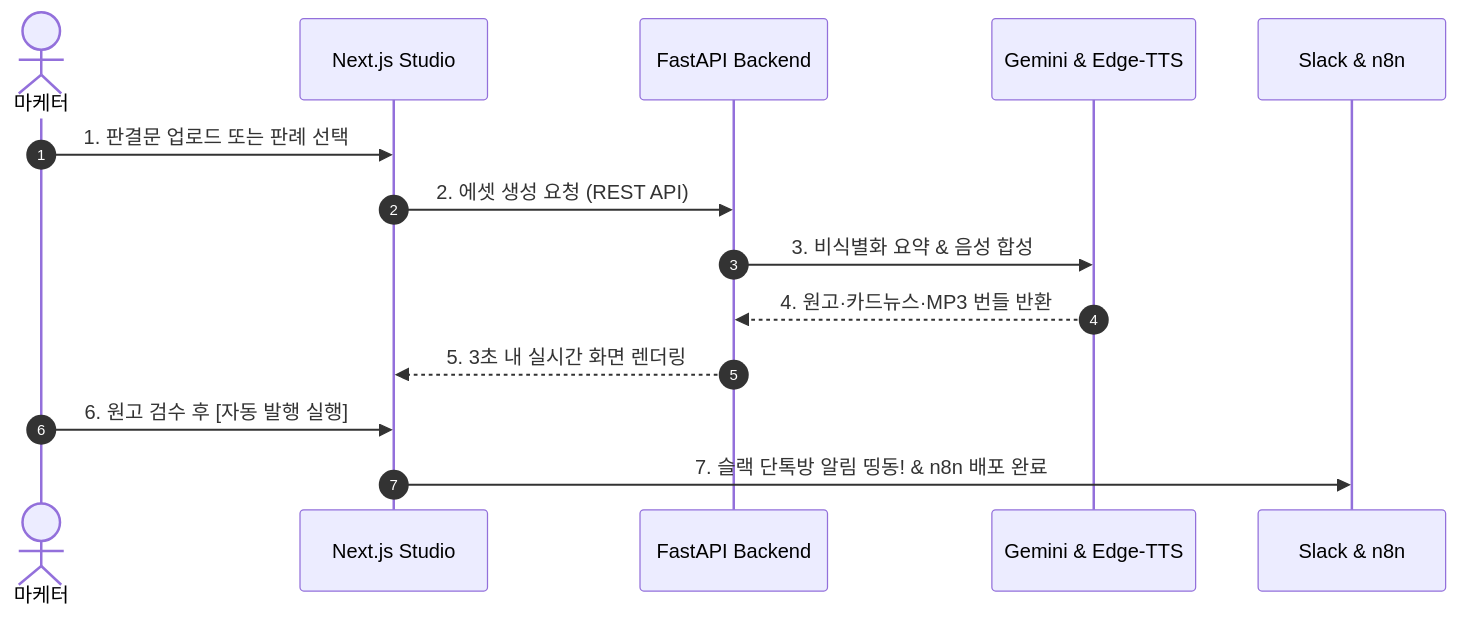
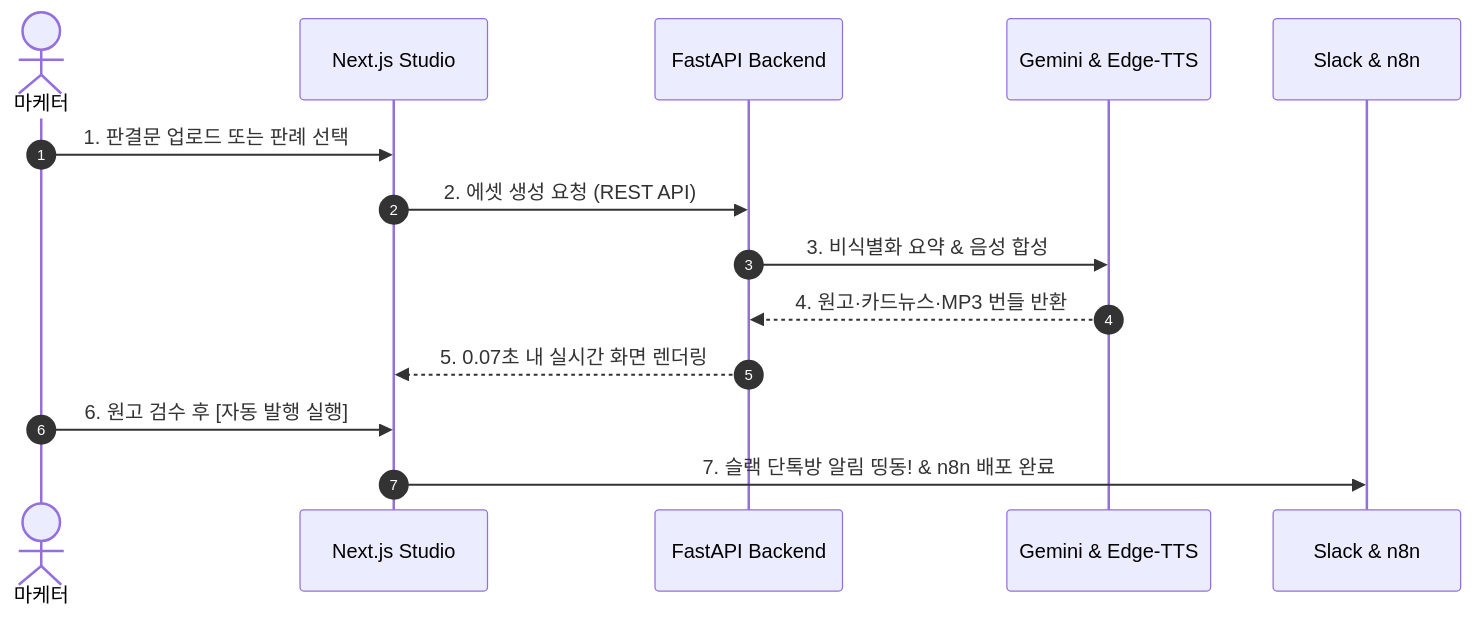
Before and after one commit to gahz8212/law-marketing: the second of 2 diagrams in PORTFOLIO.md, drawn with Mermaid. The commit also changed other lines of this file and 2 other files, not shown here.

Commit message:
style: 아키텍처 다이어그램 및 시퀀스 도식 폰트 크기 확대 적용

````diff
--- a/PORTFOLIO.md
+++ b/PORTFOLIO.md
@@ -75,17 +75,17 @@
 ```mermaid
 sequenceDiagram
     autonumber
     actor M as 마케터
     participant S as Next.js Studio
     participant B as FastAPI Backend
     participant AI as Gemini & Edge-TTS
     participant D as Slack & n8n
 
     M->>S: 1. 판결문 업로드 또는 판례 선택
     S->>B: 2. 에셋 생성 요청 (REST API)
     B->>AI: 3. 비식별화 요약 & 음성 합성
     AI-->>B: 4. 원고·카드뉴스·MP3 번들 반환
-    B-->>S: 5. 3초 내 실시간 화면 렌더링
+    B-->>S: 5. 0.07초 내 실시간 화면 렌더링
     M->>S: 6. 원고 검수 후 [자동 발행 실행]
     S->>D: 7. 슬랙 단톡방 알림 띵동! & n8n 배포 완료
 ```
````
